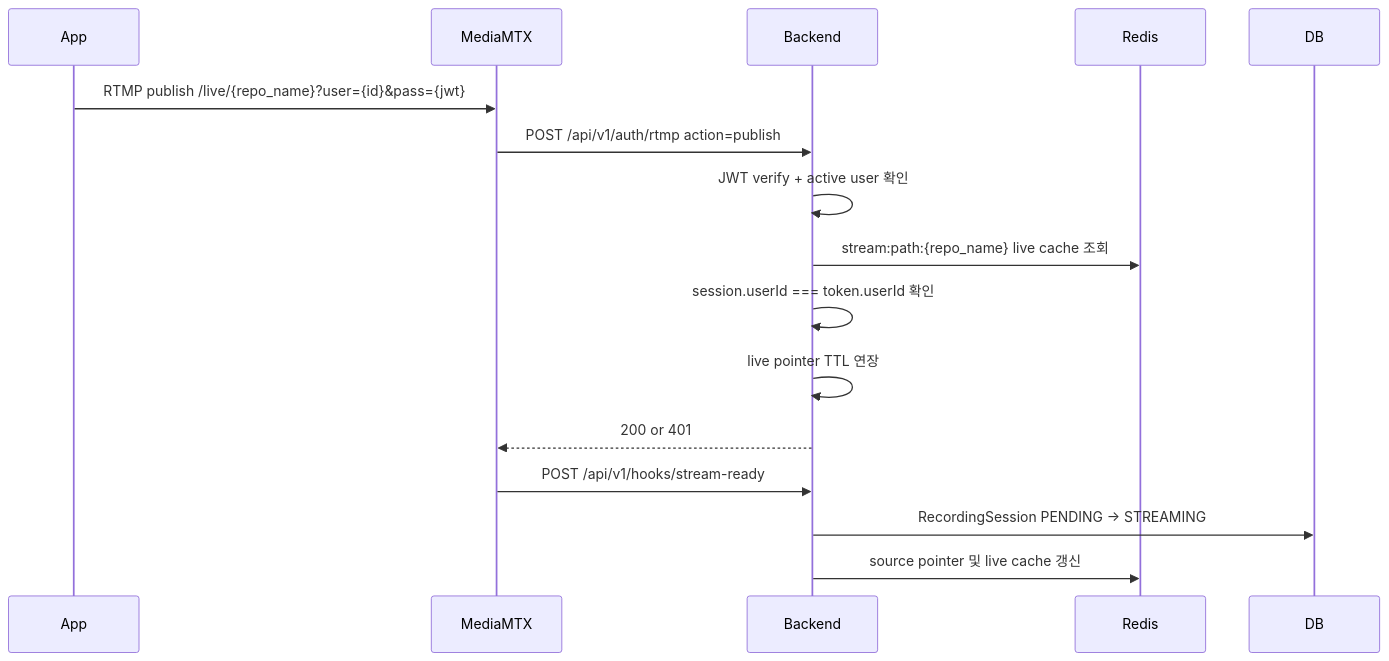
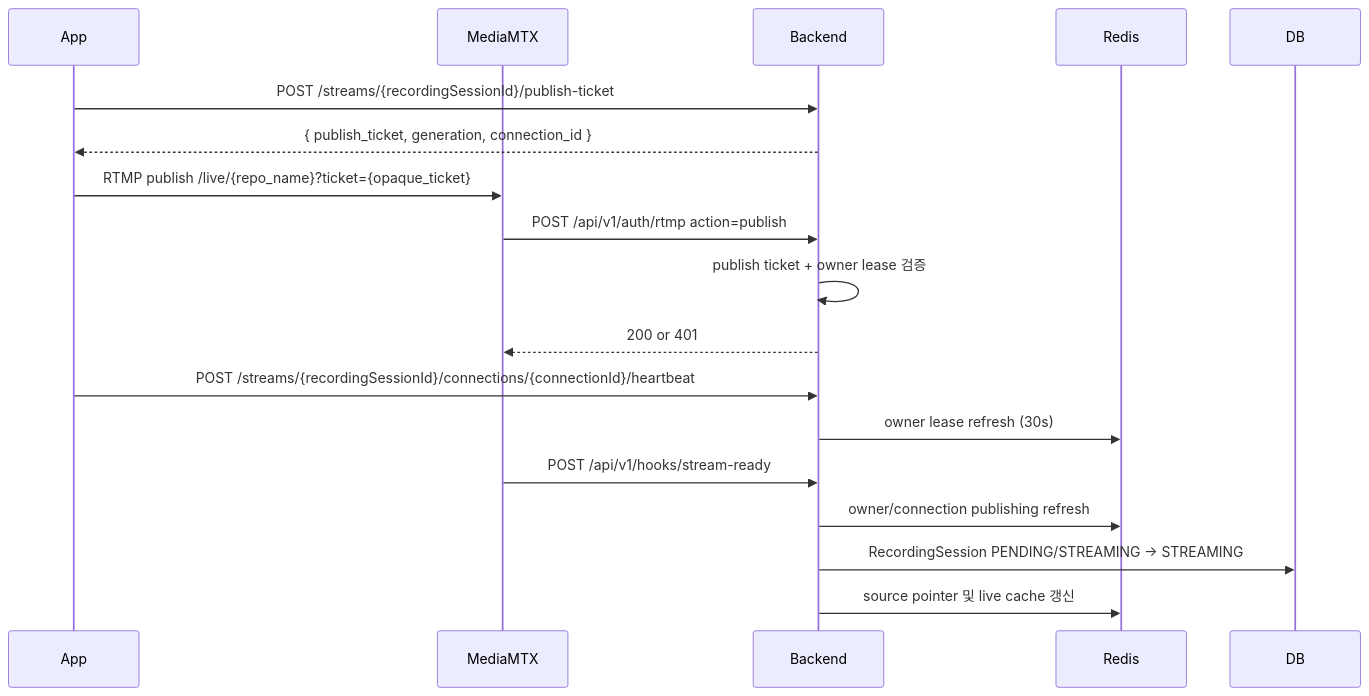
The third of 6 diagrams in docs/09. project_streaming.md (ego-flow/ego-flow-server), drawn with Mermaid before and after one commit. The commit also changed other lines of this file and 30 other files, not shown here.

````diff
--- a/docs/09. project_streaming.md
+++ b/docs/09. project_streaming.md
@@ -135,18 +220,20 @@
 ```mermaid
 sequenceDiagram
     participant App
     participant MTX as MediaMTX
     participant BE as Backend
     participant Redis
 
-    App->>MTX: RTMP publish /live/{repo_name}?user={id}&pass={jwt}
+    App->>BE: POST /streams/{recordingSessionId}/publish-ticket
+    BE-->>App: { publish_ticket, generation, connection_id }
+    App->>MTX: RTMP publish /live/{repo_name}?ticket={opaque_ticket}
     MTX->>BE: POST /api/v1/auth/rtmp action=publish
-    BE->>BE: JWT verify + active user 확인
-    BE->>Redis: stream:path:{repo_name} live cache 조회
-    BE->>BE: session.userId === token.userId 확인
-    BE->>BE: live pointer TTL 연장
+    BE->>BE: publish ticket + owner lease 검증
     BE-->>MTX: 200 or 401
+    App->>BE: POST /streams/{recordingSessionId}/connections/{connectionId}/heartbeat
+    BE->>Redis: owner lease refresh (30s)
     MTX->>BE: POST /api/v1/hooks/stream-ready
-    BE->>DB: RecordingSession PENDING -> STREAMING
+    BE->>Redis: owner/connection publishing refresh
+    BE->>DB: RecordingSession PENDING/STREAMING -> STREAMING
     BE->>Redis: source pointer 및 live cache 갱신
 ```
````
